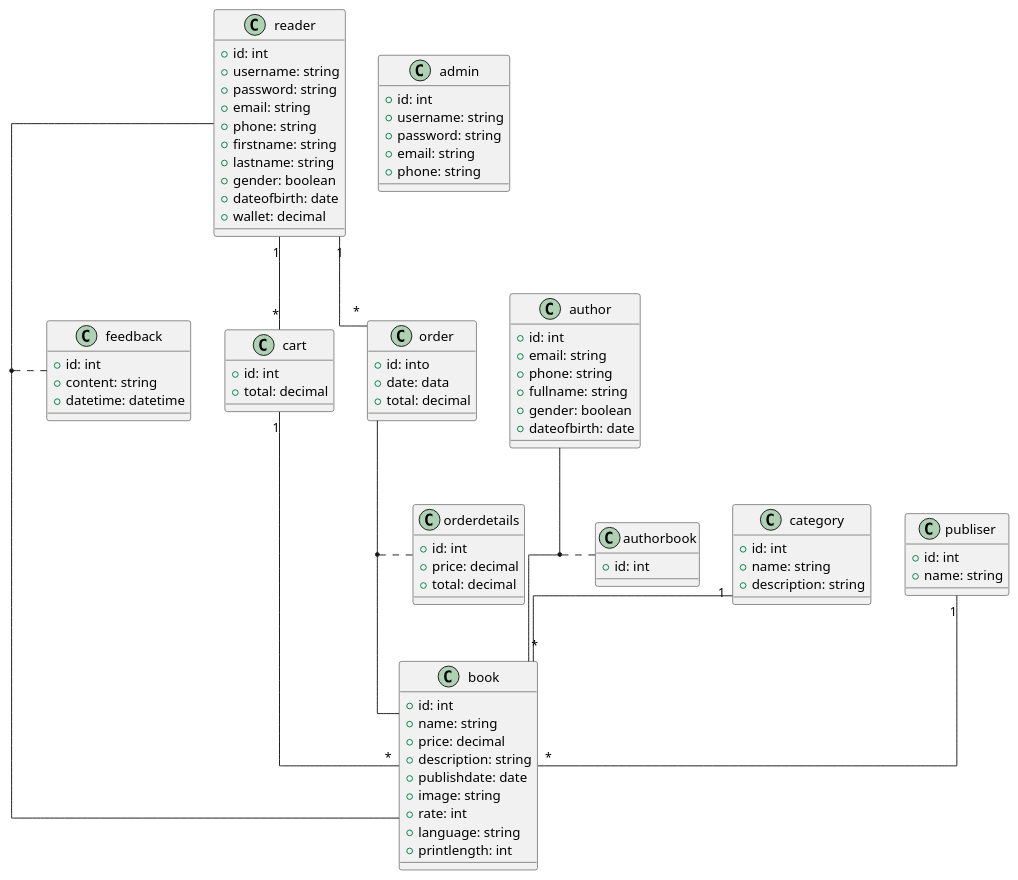
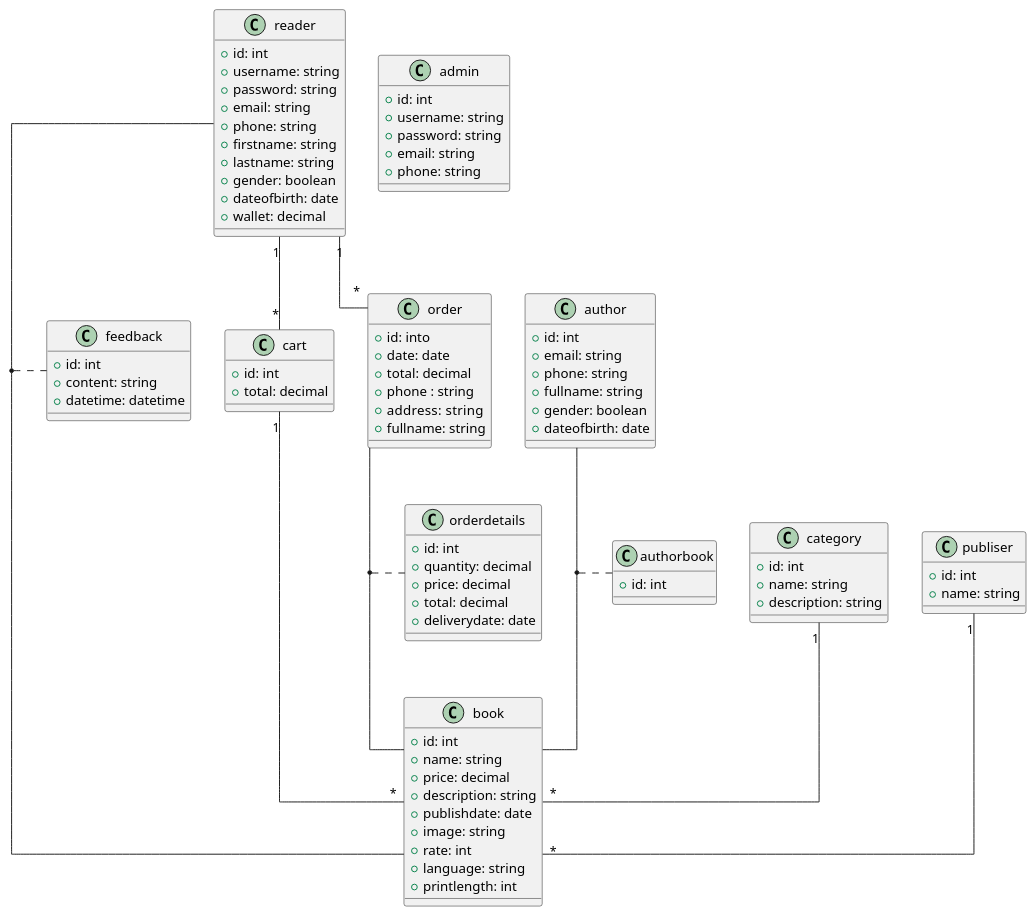
One commit to ngquocthong/projectweb_bookshop changed the diagram in diagrams/projectweb.plantuml. Above: the diagram before and after it, drawn with PlantUML. The commit also changed 6 other files, not shown here.

```diff
--- a/diagrams/projectweb.plantuml
+++ b/diagrams/projectweb.plantuml
@@ -1,95 +1,100 @@
 @startuml
 skinparam linetype ortho
 
 class admin{
     + id: int
     + username: string
     + password: string
     + email: string
     + phone: string
 }
 
 class reader{
     + id: int
     + username: string
     + password: string
     + email: string
     + phone: string
     + firstname: string
     + lastname: string
     + gender: boolean
     + dateofbirth: date
     + wallet: decimal
 }
 
 class category{
     + id: int
     + name: string
     + description: string
 }
 
 class publiser{
     + id: int
     + name: string
 }
 
 class book{
     + id: int
     + name: string
     + price: decimal
     + description: string
     + publishdate: date
     + image: string
     + rate: int
     + language: string
     + printlength: int
 }
 
 class cart{
     + id: int
     + total: decimal
 }
 
 class feedback{
     + id: int
     + content: string
     + datetime: datetime
 }
 
 class order{
     + id: into
-    + date: data
+    + date: date
     + total: decimal
+    + phone : string
+    + address:  string
+    + fullname: string
 }
 
 class orderdetails{
     + id: int
+    + quantity: decimal
     + price: decimal
     + total: decimal
+    + deliverydate: date
 }
 
 class author{
     + id: int
     + email: string
     + phone: string
     + fullname: string
     + gender: boolean
     + dateofbirth: date
 }
 
 class authorbook{
     + id: int
 }
 
 reader "1" -- "*" cart
 cart "1" -- "*" book
 reader "1" -- "*" order
 category "1" -- "*" book
 publiser "1" -- "*" book
 
 
 (reader,book) .. feedback
 (order,book) .. orderdetails
 (author,book) .. authorbook
 
 @enduml
```
